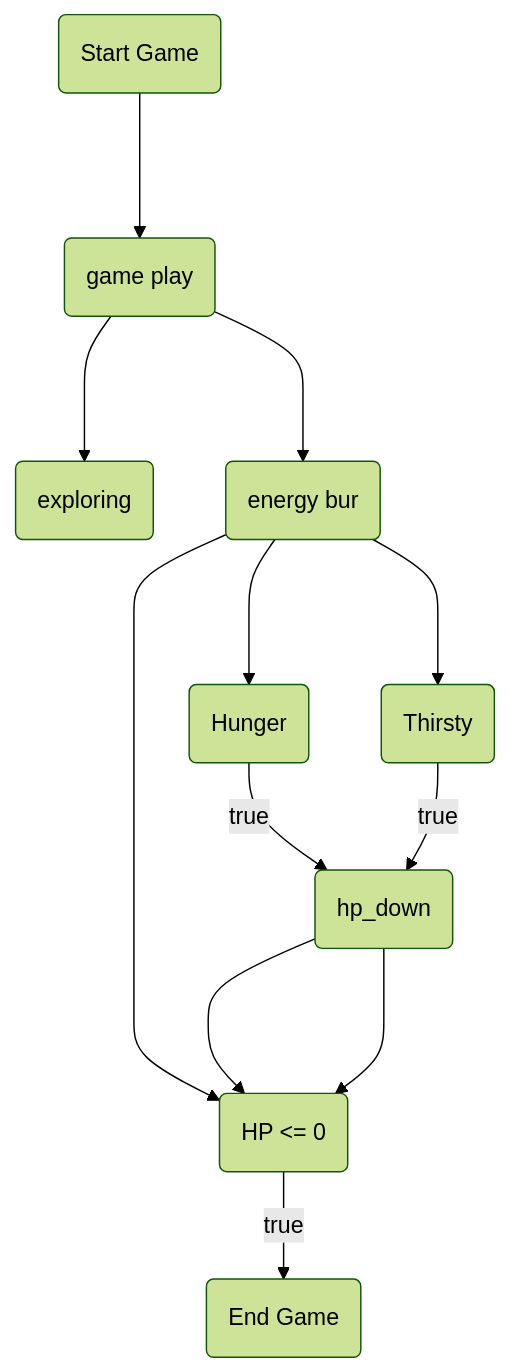
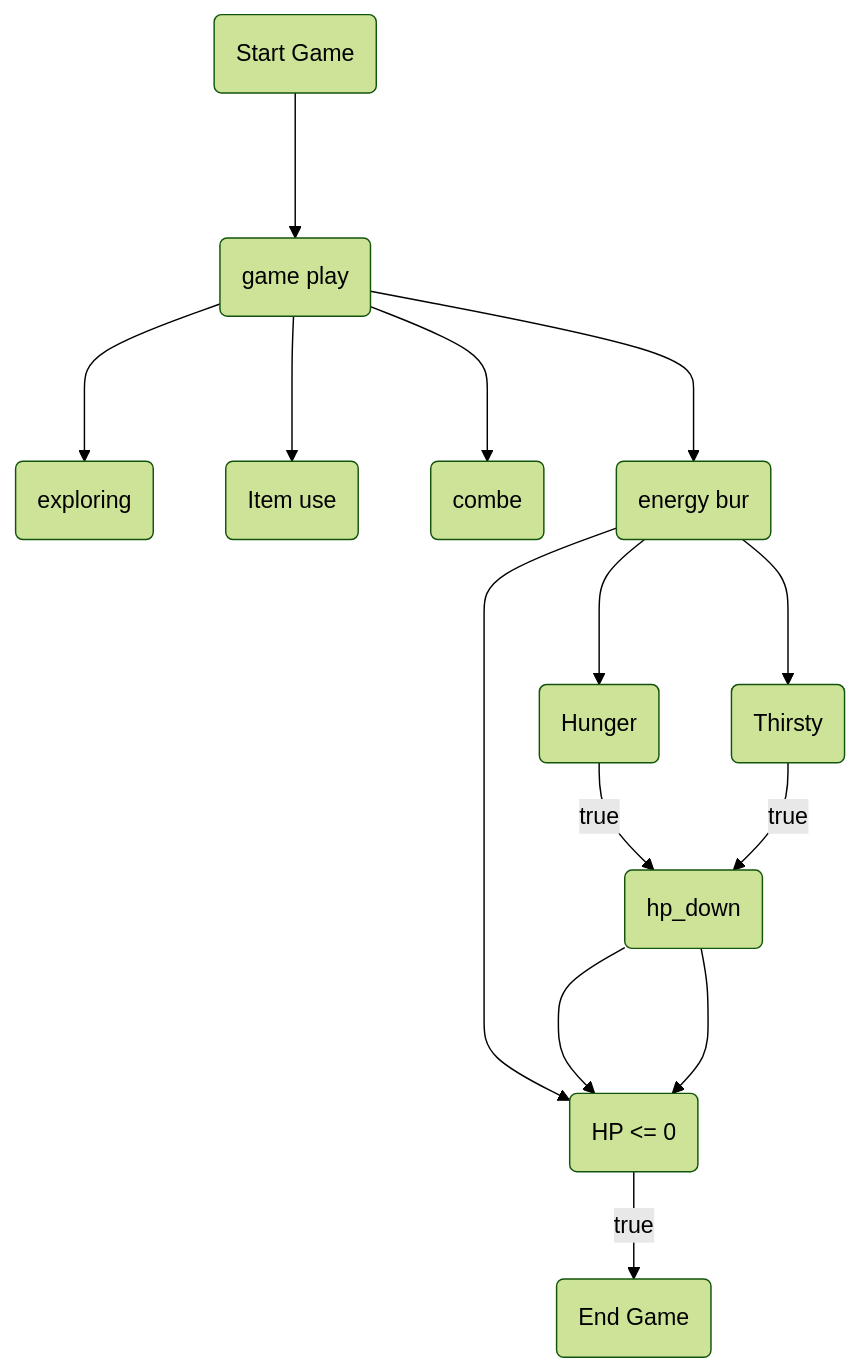
One commit to SSProgamer/C-Project changed the diagram in need me.md. Above: the diagram before and after it, drawn with Mermaid (forest theme).

Commit message:
Update need me.md

````diff
--- a/need me.md
+++ b/need me.md
@@ -35,9 +35,11 @@
 ```mermaid
 flowchart TD
 start(Start Game) ---> ingame(game play)
 ingame ---> explore(exploring)
+ingame ---> Itemuse(Item use)
+ingame ---> combe(combe)
 ingame ---> stack(energy bur) --->hp
 stack(energy bur) --->Hunger(Hunger) --true--> hp_down(hp_down) ---> hp
 stack(energy bur) --->Thirsty(Thirsty) --true--> hp_down(hp_down) ---> hp
 hp(HP <= 0) --true--> e(End Game)
 ```
````
